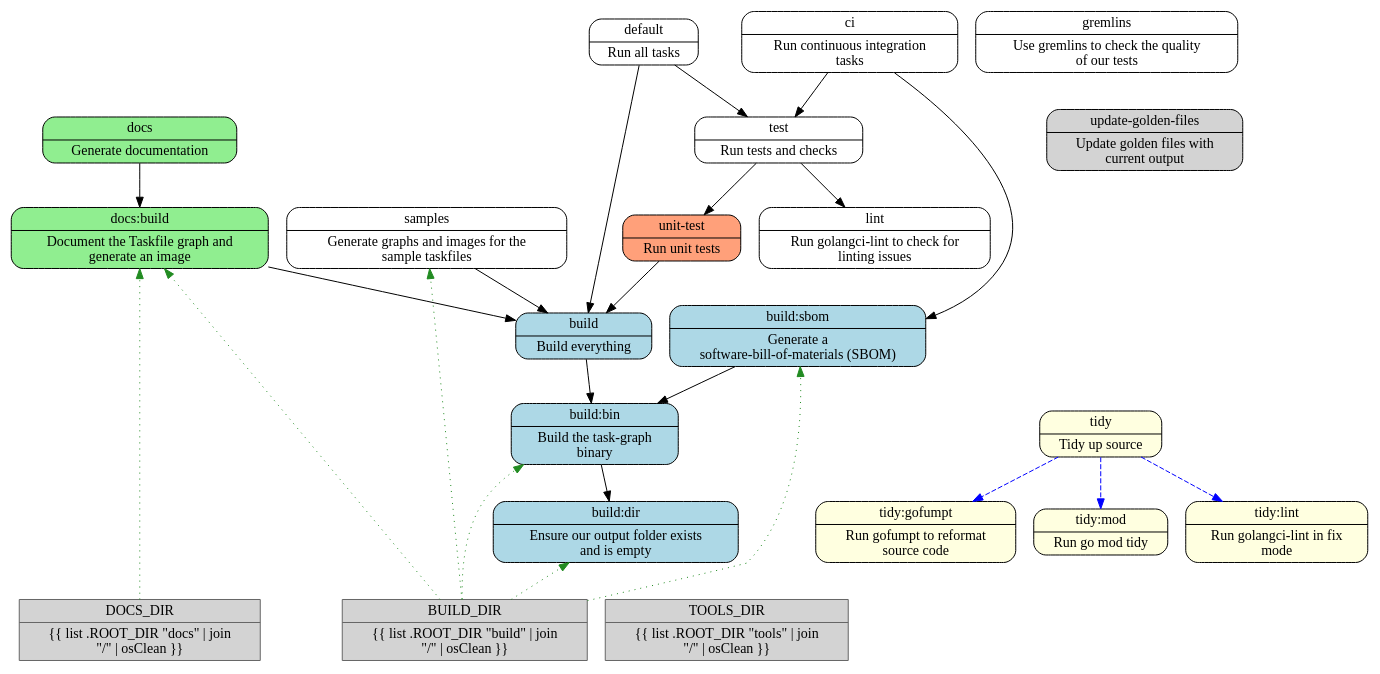
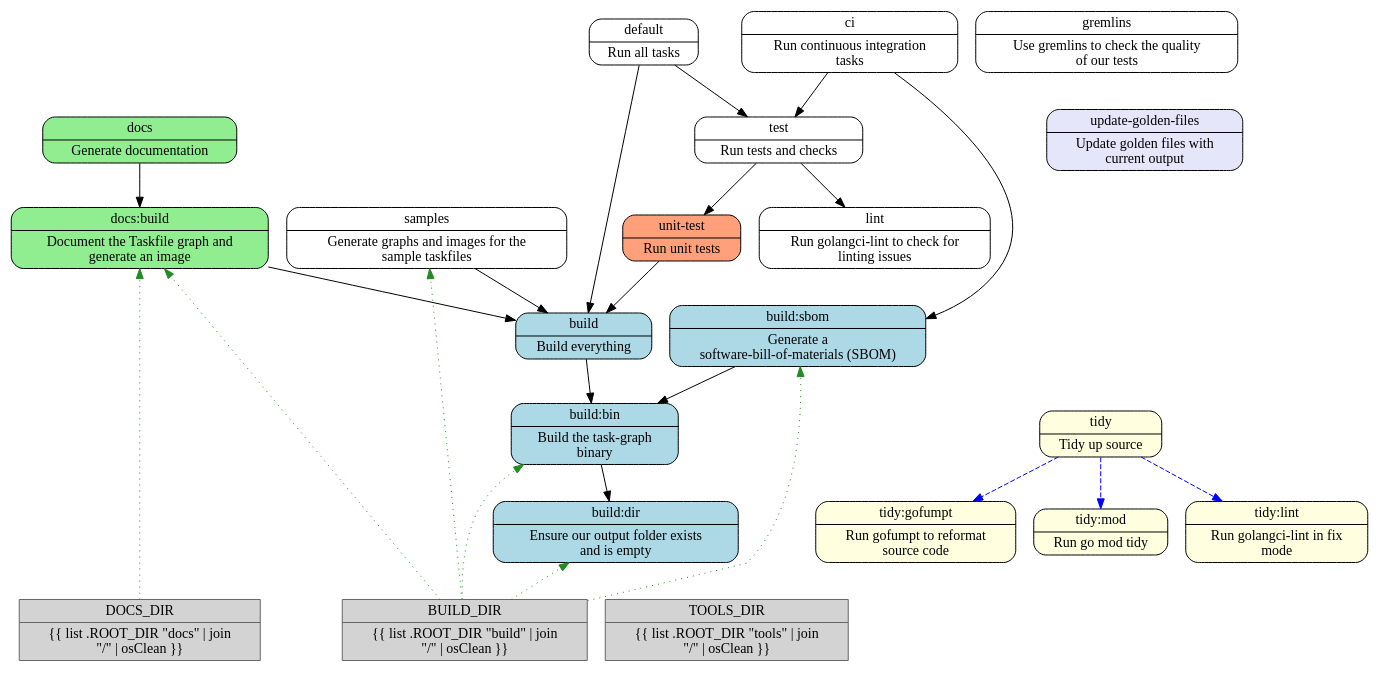
Before and after one commit to theunrepentantgeek/task-graph: the diagram in docs/taskfile.dot, drawn with Graphviz. The commit also changed 1 other file, not shown here.

Commit message:
fix: fix sort.Strings -> slices.Sort in mermaid and regenerate docs after merge

```diff
--- a/docs/taskfile.dot
+++ b/docs/taskfile.dot
@@ -205,7 +205,7 @@
   
   "update-golden-files" [
     color="black"
-    fillcolor="lightgray"
+    fillcolor="lavender"
     label="{update-golden-files | Update golden files with \ncurrent output}"
     shape="Mrecord"
     style="filled"
```
